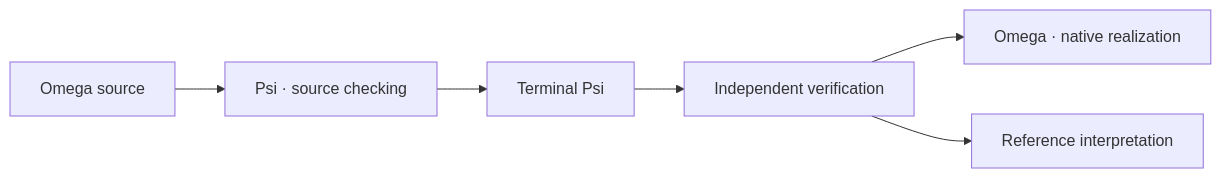
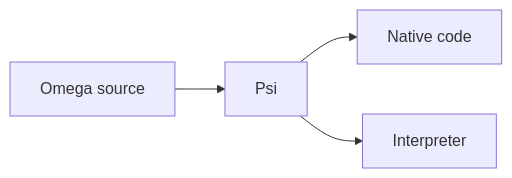
Before and after one commit to CathedralOS/Omega: the diagram in README.md, drawn with Mermaid. The commit also changed other lines of this file, not shown here.

First line of the commit message:
docs: player contracts and mathematical proofs introduce Omega

````diff
--- a/README.md
+++ b/README.md
@@ -80,8 +107,6 @@
 ```mermaid
 flowchart LR
-    source["Omega source"] --> psi["Psi · source checking"]
-    psi --> terminal["Terminal Psi"]
-    terminal --> verify["Independent verification"]
-    verify --> native["Omega · native realization"]
-    verify --> interpret["Reference interpretation"]
+    source["Omega source"] --> psi["Psi"]
+    psi --> native["Native code"]
+    psi --> interpret["Interpreter"]
 ```
````
